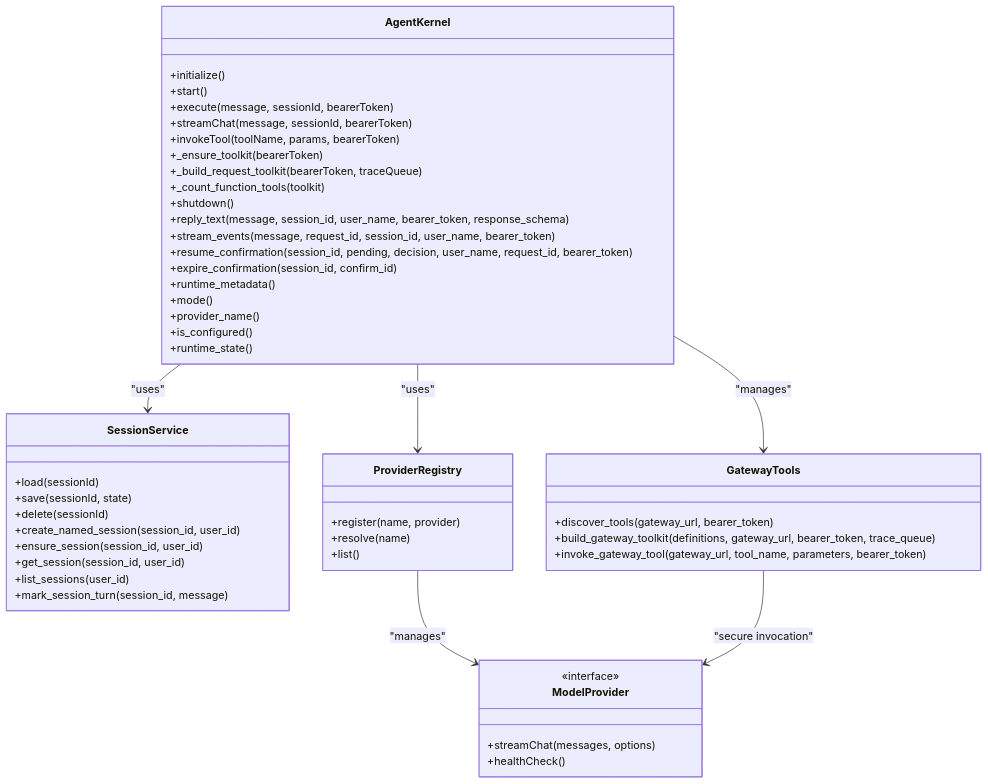
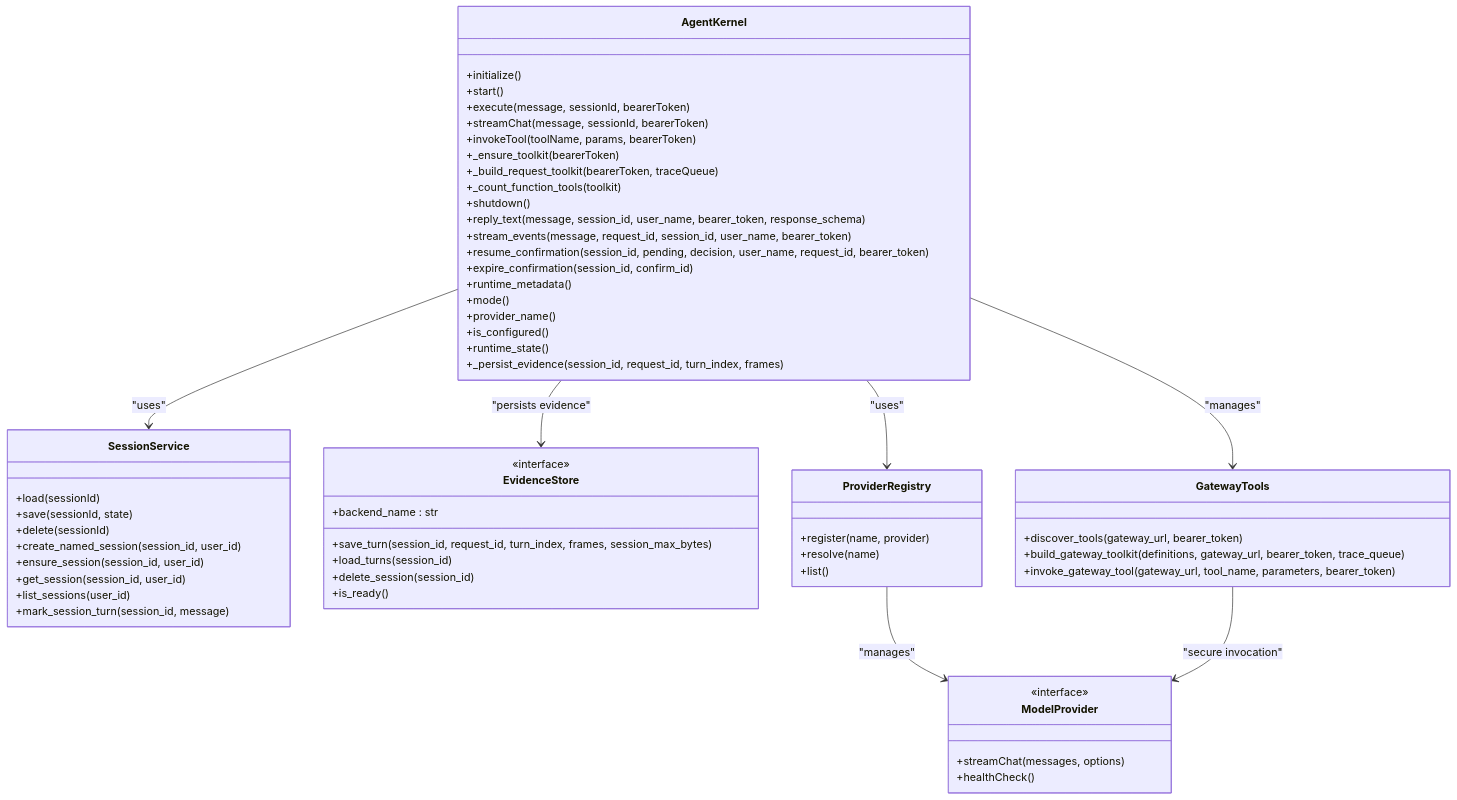
Before and after one commit to metasync/luban-aiops: the third of 21 diagrams in .qoder/repowiki/en/content/Agent Platform Service/Agent Platform Service.md, drawn with Mermaid. The commit also changed other lines of this file and 8 other files, not shown here.

````diff
--- a/.qoder/repowiki/en/content/Agent Platform Service/Agent Platform Service.md
+++ b/.qoder/repowiki/en/content/Agent Platform Service/Agent Platform Service.md
@@ -287,53 +309,63 @@
 ```mermaid
 classDiagram
 class AgentKernel {
 +initialize()
 +start()
 +execute(message, sessionId, bearerToken)
 +streamChat(message, sessionId, bearerToken)
 +invokeTool(toolName, params, bearerToken)
 +_ensure_toolkit(bearerToken)
 +_build_request_toolkit(bearerToken, traceQueue)
 +_count_function_tools(toolkit)
 +shutdown()
 +reply_text(message, session_id, user_name, bearer_token, response_schema)
 +stream_events(message, request_id, session_id, user_name, bearer_token)
 +resume_confirmation(session_id, pending, decision, user_name, request_id, bearer_token)
 +expire_confirmation(session_id, confirm_id)
 +runtime_metadata()
 +mode()
 +provider_name()
 +is_configured()
 +runtime_state()
++_persist_evidence(session_id, request_id, turn_index, frames)
 }
 class SessionService {
 +load(sessionId)
 +save(sessionId, state)
 +delete(sessionId)
 +create_named_session(session_id, user_id)
 +ensure_session(session_id, user_id)
 +get_session(session_id, user_id)
 +list_sessions(user_id)
 +mark_session_turn(session_id, message)
+}
+class EvidenceStore {
+<<interface>>
++backend_name : str
++save_turn(session_id, request_id, turn_index, frames, session_max_bytes)
++load_turns(session_id)
++delete_session(session_id)
++is_ready()
 }
 class ProviderRegistry {
 +register(name, provider)
 +resolve(name)
 +list()
 }
 class ModelProvider {
 <<interface>>
 +streamChat(messages, options)
 +healthCheck()
 }
 class GatewayTools {
 +discover_tools(gateway_url, bearer_token)
 +build_gateway_toolkit(definitions, gateway_url, bearer_token, trace_queue)
 +invoke_gateway_tool(gateway_url, tool_name, parameters, bearer_token)
 }
 AgentKernel --> SessionService : "uses"
+AgentKernel --> EvidenceStore : "persists evidence"
 AgentKernel --> ProviderRegistry : "uses"
 AgentKernel --> GatewayTools : "manages"
 ProviderRegistry --> ModelProvider : "manages"
 GatewayTools --> ModelProvider : "secure invocation"
 ```
````
